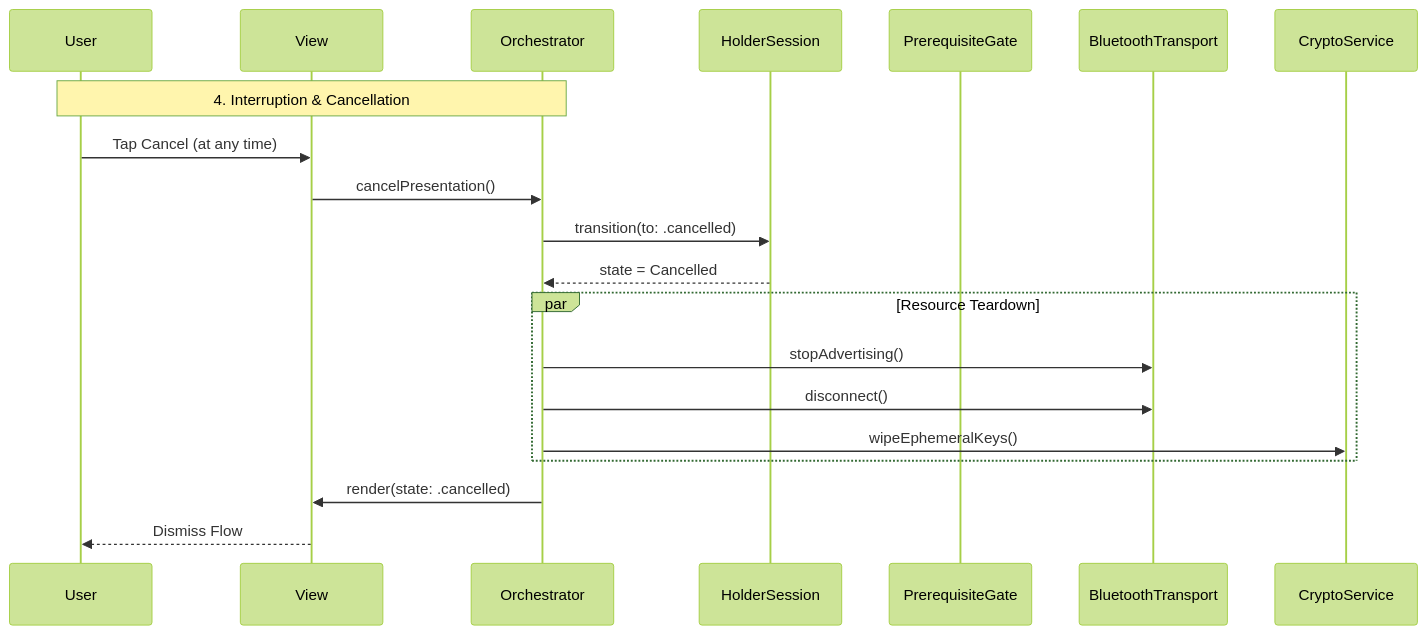
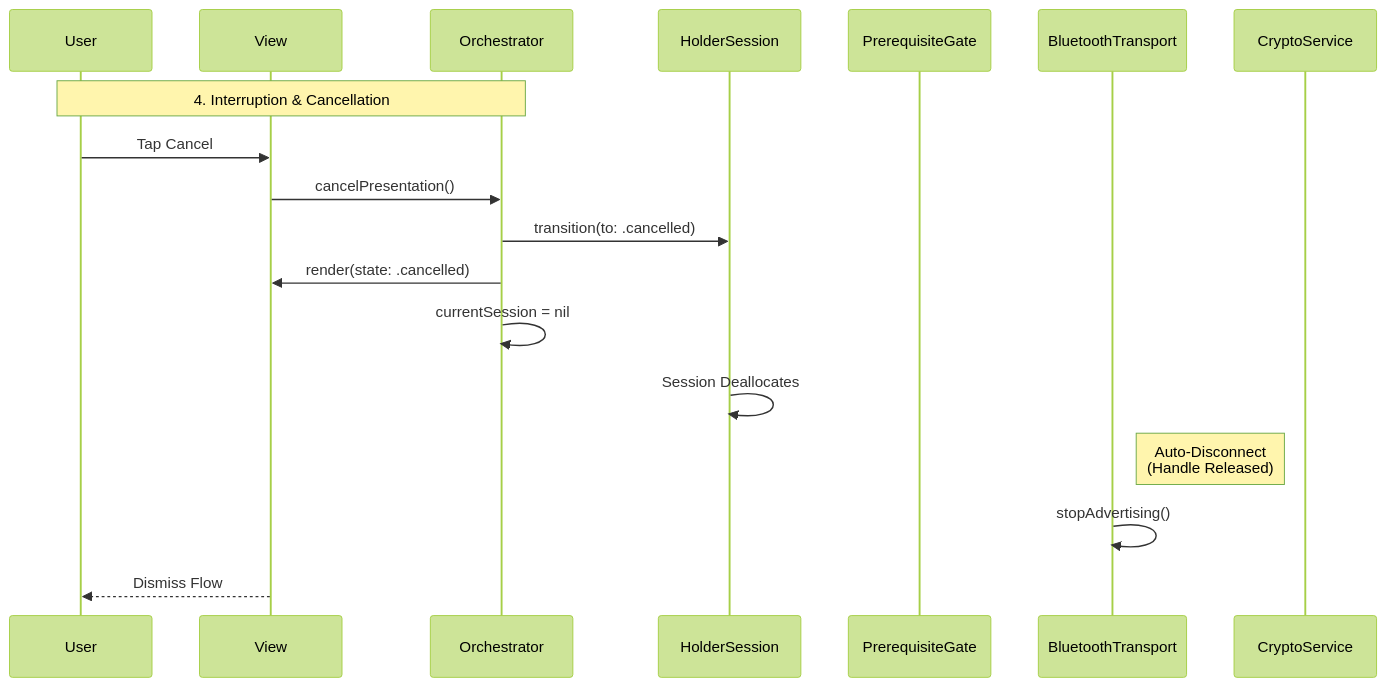
One commit to govuk-one-login/mobile-credential-sharing-docs changed the seventh of 7 diagrams in holder-solution-architecture.md. Above: the diagram before and after it, drawn with Mermaid (forest theme). The commit also changed other lines of this file, not shown here.

First line of the commit message:
HolderSession owns resources, not just state.

````diff
--- a/holder-solution-architecture.md
+++ b/holder-solution-architecture.md
@@ -390,25 +579,30 @@
 ```mermaid
 sequenceDiagram
     participant User
     participant UI as View
     participant OR as Orchestrator
     participant HS as HolderSession
     participant PG as PrerequisiteGate
     participant BLE as BluetoothTransport
     participant CRY as CryptoService
+
     Note over User, OR: 4. Interruption & Cancellation
-    User ->> UI: Tap Cancel (at any time)
-    UI ->> OR: cancelPresentation()
-%% Transition to Cancelled state first
-    OR ->> HS: transition(to: .cancelled)
-    HS -->> OR: state = Cancelled
-%% Then perform teardown as a side effect
-    par Resource Teardown
-        OR ->> BLE: stopAdvertising()
-        OR ->> BLE: disconnect()
-        OR ->> CRY: wipeEphemeralKeys()
-    end
 
-    OR ->> UI: render(state: .cancelled)
-    UI -->> User: Dismiss Flow
+    User->>UI: Tap Cancel
+    UI->>OR: cancelPresentation()
+
+    %% Transition to Cancelled state first
+    OR->>HS: transition(to: .cancelled)
+    OR->>UI: render(state: .cancelled)
+
+    %% Implicit Teardown
+    OR->>OR: currentSession = nil
+
+    HS->>HS: Session Deallocates
+
+    %% Automatic Cleanup Effects
+    Note right of BLE: Auto-Disconnect<br/>(Handle Released)
+    BLE->>BLE: stopAdvertising()
+
+    UI-->>User: Dismiss Flow
 ```
````
